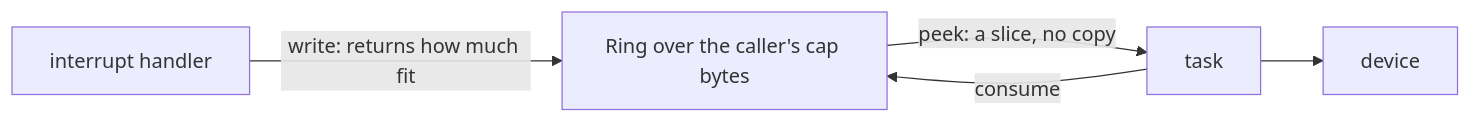
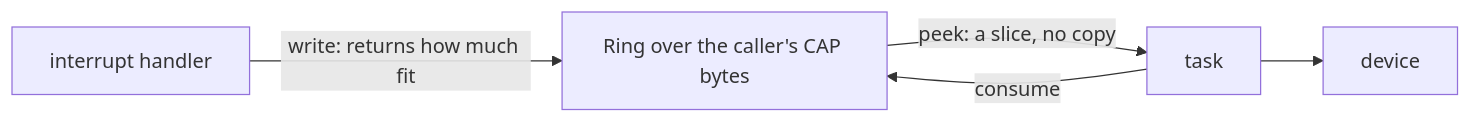
The third of 3 diagrams in std/docs/DESIGN-core.md (kansosystem-org/kspl-experimental), drawn with Mermaid before and after one commit. The commit also changed other lines of this file and 599 other files, not shown here.

````diff
--- a/std/docs/DESIGN-core.md
+++ b/std/docs/DESIGN-core.md
@@ -429,7 +435,7 @@
 ```mermaid
 flowchart LR
-    I["interrupt handler"] -->|"write: returns how much fit"| R["Ring over the caller's cap bytes"]
+    I["interrupt handler"] -->|"write: returns how much fit"| R["Ring over the caller's CAP bytes"]
     R -->|"peek: a slice, no copy"| T["task"]
     T -->|"consume"| R
     T --> D["device"]
 ```
````
